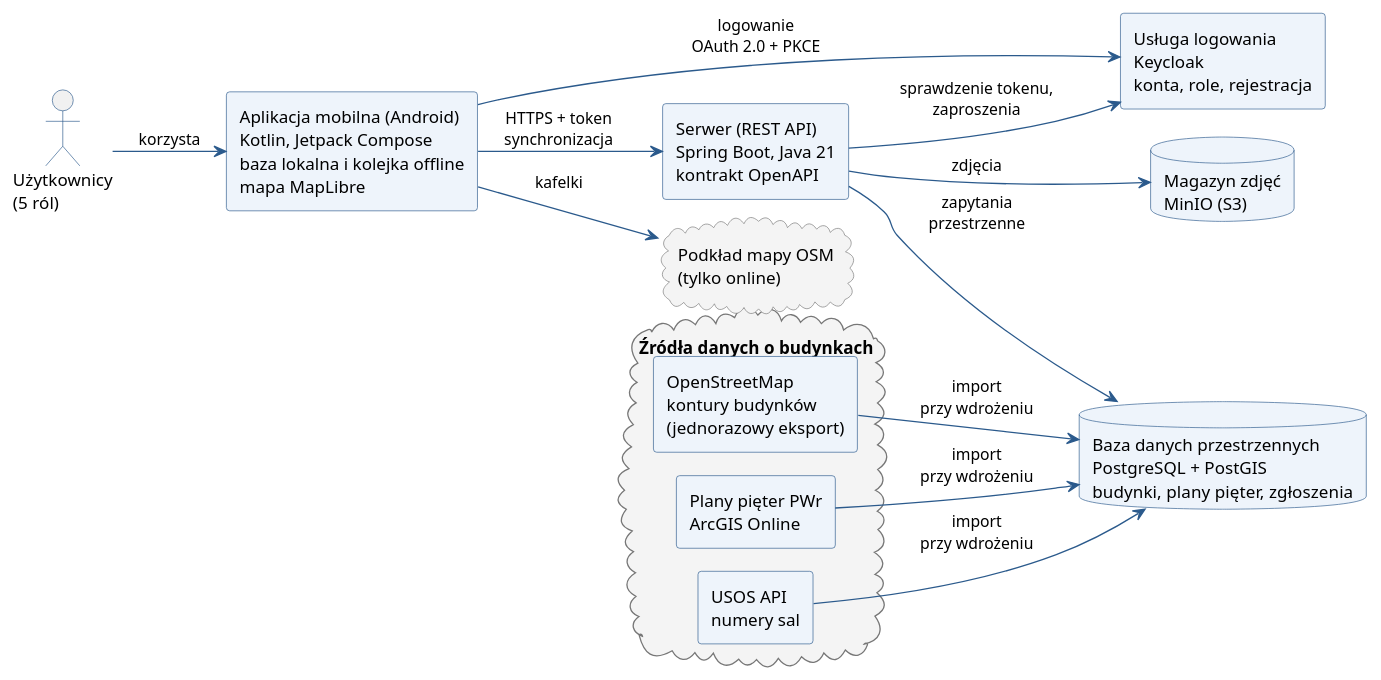
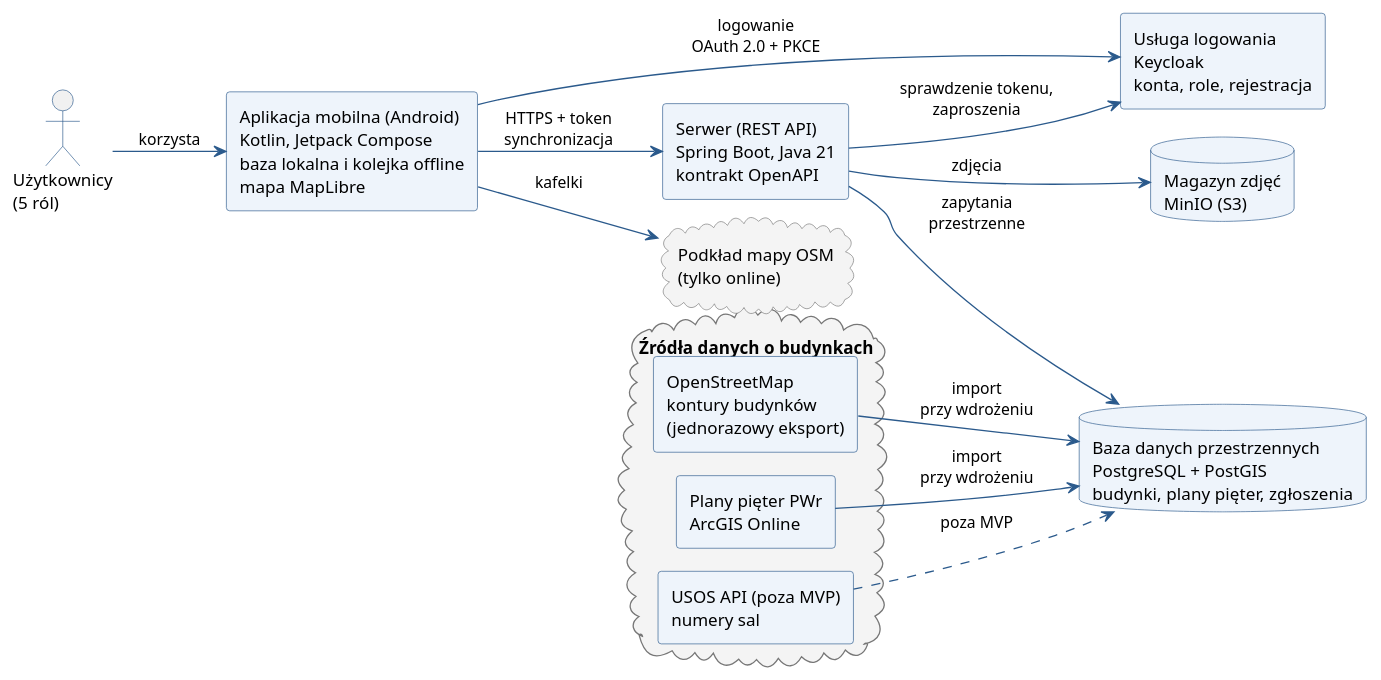
Before and after one commit to dostepny-kampus/dostepny-kampus: the diagram in docs/docs/raporty/architektura-wstepna.puml, drawn with PlantUML. The commit also changed 1 other file, not shown here.

```diff
--- a/docs/docs/raporty/architektura-wstepna.puml
+++ b/docs/docs/raporty/architektura-wstepna.puml
@@ -1,54 +1,54 @@
 @startuml
 !pragma layout smetana
 skinparam defaultFontSize 13
 skinparam ArrowColor #2B5A8C
 skinparam ArrowFontSize 12
 skinparam componentStyle rectangle
 skinparam rectangle {
   BackgroundColor #EEF4FB
   BorderColor #2B5A8C
 }
 skinparam database {
   BackgroundColor #EEF4FB
   BorderColor #2B5A8C
 }
 skinparam cloud {
   BackgroundColor #F4F4F4
   BorderColor #777777
 }
 skinparam actor {
   BorderColor #2B5A8C
 }
 left to right direction
 
 actor "Użytkownicy\n(5 ról)" as U
 
 rectangle "Aplikacja mobilna (Android)\nKotlin, Jetpack Compose\nbaza lokalna i kolejka offline\nmapa MapLibre" as APP
 
 rectangle "Usługa logowania\nKeycloak\nkonta, role, rejestracja" as KC
 
 rectangle "Serwer (REST API)\nSpring Boot, Java 21\nkontrakt OpenAPI" as SRV
 
 database "Baza danych przestrzennych\nPostgreSQL + PostGIS\nbudynki, plany pięter, zgłoszenia" as DB
 
 database "Magazyn zdjęć\nMinIO (S3)" as S3
 
 cloud "Źródła danych o budynkach" as SRC {
   rectangle "OpenStreetMap\nkontury budynków\n(jednorazowy eksport)" as OSM
   rectangle "Plany pięter PWr\nArcGIS Online" as ARC
-  rectangle "USOS API\nnumery sal" as USOS
+  rectangle "USOS API (poza MVP)\nnumery sal" as USOS
 }
 
 cloud "Podkład mapy OSM\n(tylko online)" as TILES
 
 U --> APP : korzysta
 APP --> KC : logowanie\nOAuth 2.0 + PKCE
 APP --> SRV : HTTPS + token\nsynchronizacja
 APP --> TILES : kafelki
 SRV --> KC : sprawdzenie tokenu,\nzaproszenia
 SRV --> DB : zapytania\nprzestrzenne
 SRV --> S3 : zdjęcia
 OSM --> DB : import\nprzy wdrożeniu
 ARC --> DB : import\nprzy wdrożeniu
-USOS --> DB : import\nprzy wdrożeniu
+USOS ..> DB : poza MVP
 @enduml
```
